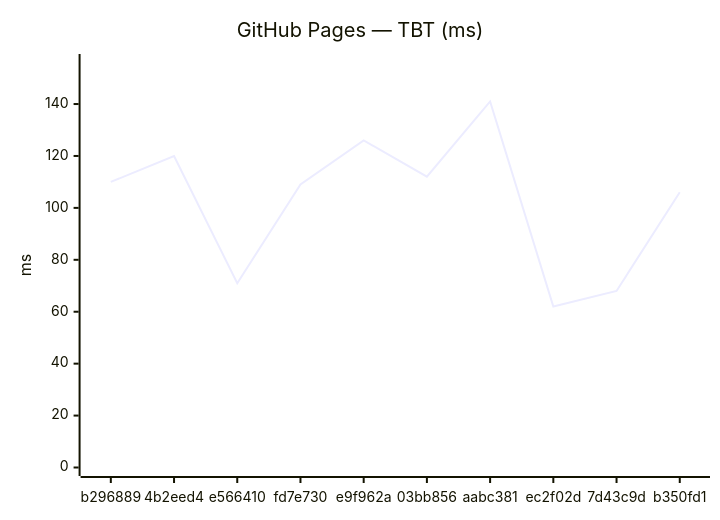
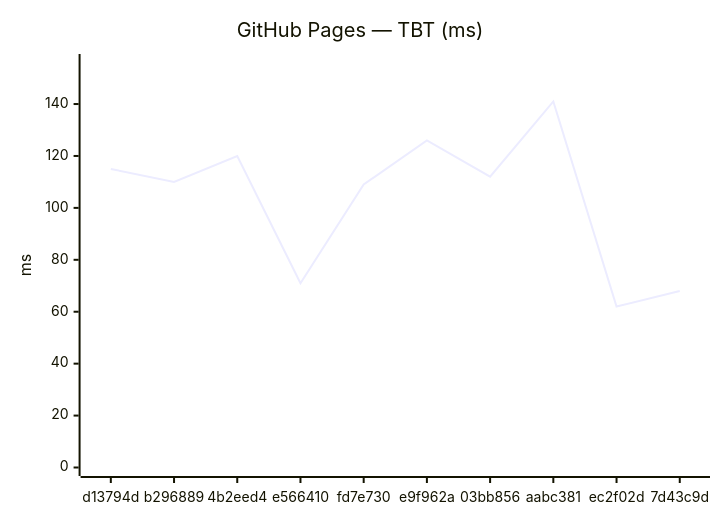
One commit to Metaheurist/Rianell changed the fourth of 18 diagrams in benchmarks/compare.md. Above: the diagram before and after it, drawn with Mermaid. The commit also changed other lines of this file and 11 other files, not shown here.

````diff
--- a/benchmarks/compare.md
+++ b/benchmarks/compare.md
@@ -61,7 +61,7 @@
 ```mermaid
 xychart-beta
     title "GitHub Pages — TBT (ms)"
-    x-axis ["b296889", "4b2eed4", "e566410", "fd7e730", "e9f962a", "03bb856", "aabc381", "ec2f02d", "7d43c9d", "b350fd1"]
+    x-axis ["d13794d", "b296889", "4b2eed4", "e566410", "fd7e730", "e9f962a", "03bb856", "aabc381", "ec2f02d", "7d43c9d"]
     y-axis "ms" 0 --> 156
-    line [110, 120, 71, 109, 126, 112, 141, 62, 68, 106]
+    line [115, 110, 120, 71, 109, 126, 112, 141, 62, 68]
 ```
````
